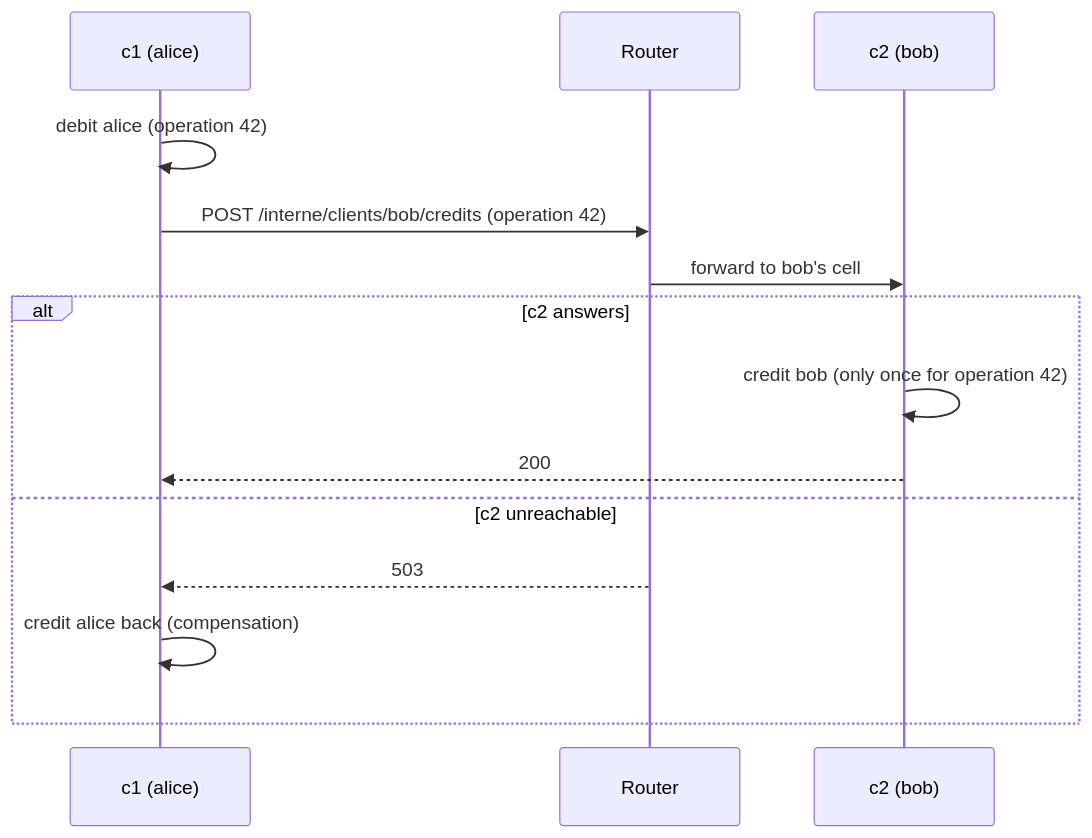
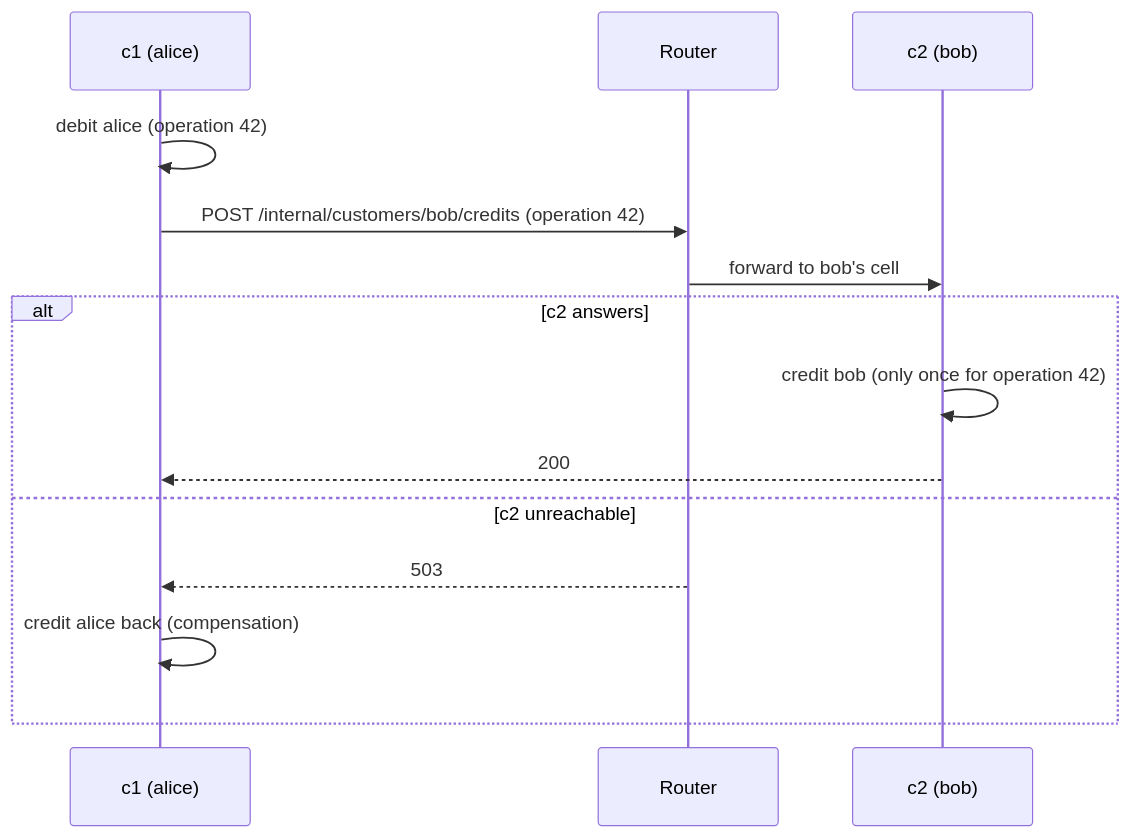
The fourth of 4 diagrams in Docs/en/17-cell-based.md (drangoht/ArchitecturesDemo), drawn with Mermaid before and after one commit. The commit also changed other lines of this file and 78 other files, not shown here.

First line of the commit message:
Docs EN : identifiants, liens, diagrammes et sorties alignés sur le code anglais

````diff
--- a/Docs/en/17-cell-based.md
+++ b/Docs/en/17-cell-based.md
@@ -203,16 +202,16 @@
 ```mermaid
 sequenceDiagram
     participant A as c1 (alice)
     participant R as Router
     participant B as c2 (bob)
     A->>A: debit alice (operation 42)
-    A->>R: POST /interne/clients/bob/credits (operation 42)
+    A->>R: POST /internal/customers/bob/credits (operation 42)
     R->>B: forward to bob's cell
     alt c2 answers
         B->>B: credit bob (only once for operation 42)
         B-->>A: 200
     else c2 unreachable
         R-->>A: 503
         A->>A: credit alice back (compensation)
     end
 ```
````
